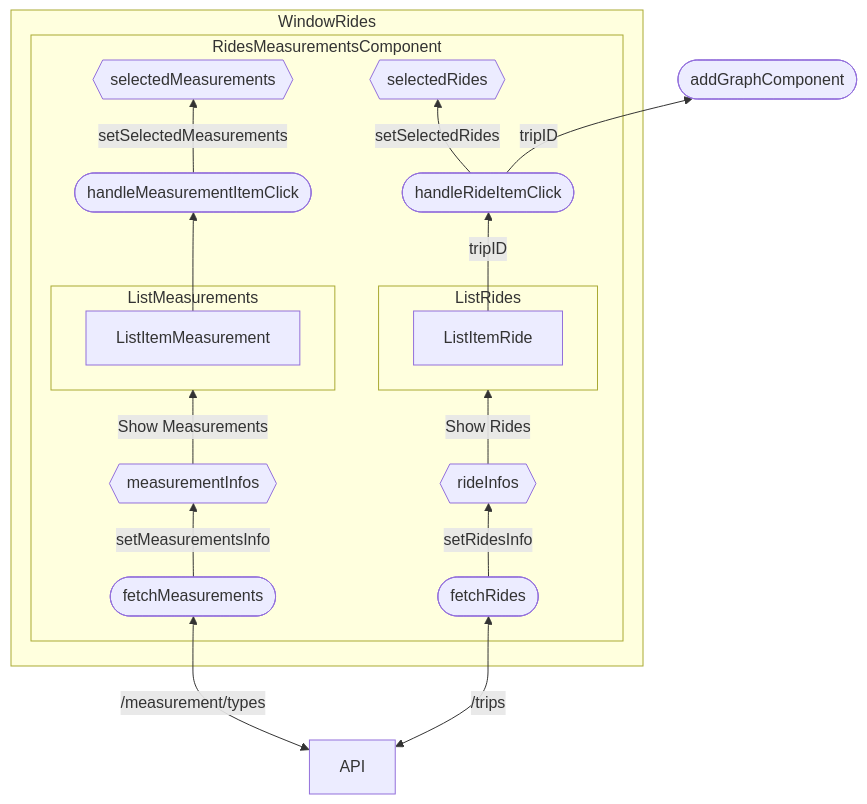
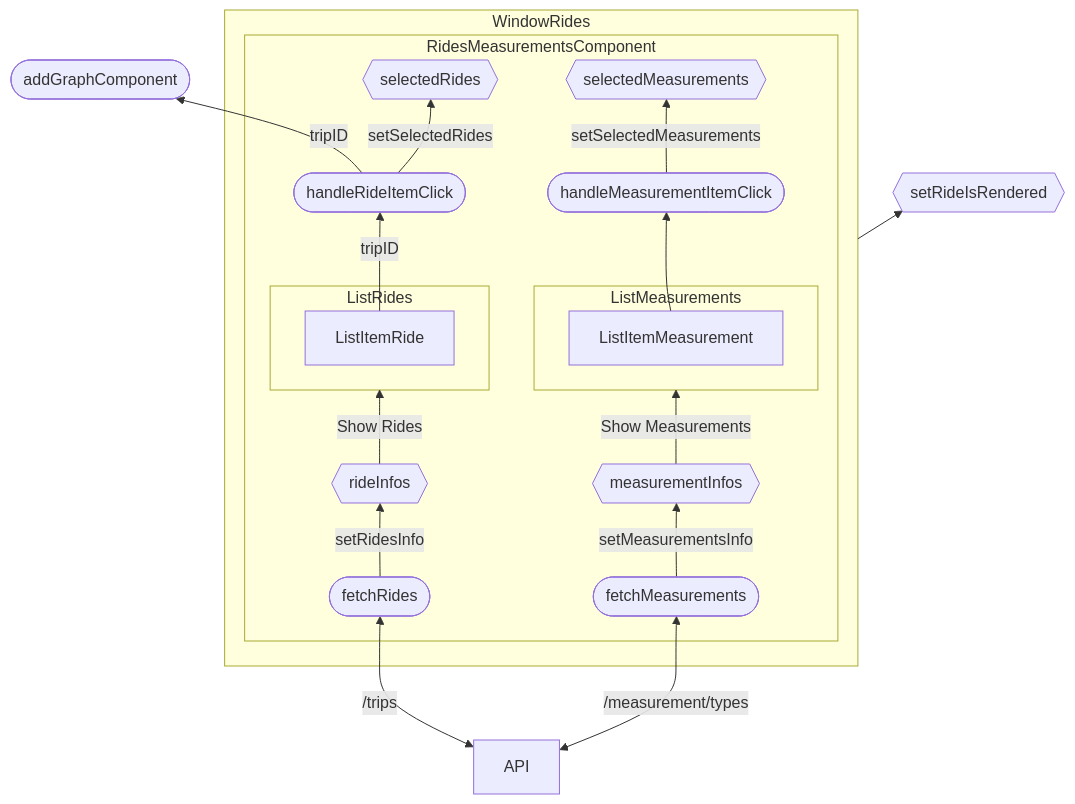
One commit to DTU-Master-Courses/LiraMapFrontEnd changed the diagram in docs/rides_component_model.mmd. Above: the diagram before and after it, drawn with Mermaid. The commit also changed 6 other files, not shown here.

```diff
--- a/docs/rides_component_model.mmd
+++ b/docs/rides_component_model.mmd
@@ -1,32 +1,47 @@
 flowchart BT
-    handleRideItemClick -- tripID --> addGraphComponent([addGraphComponent])
 
+    addGraphComponent([addGraphComponent])
+    API
+    setRideIsRendered{{setRideIsRendered}}
+
+    handleRideItemClick -- tripID --> addGraphComponent
     API <-- /trips --> fetchRides
     API <-- /measurement/types --> fetchMeasurements
+    WindowRides --> setRideIsRendered
 
     subgraph WindowRides
         subgraph RidesMeasurementsComponent
+
+            rideInfos{{rideInfos}}
+            measurementInfos{{measurementInfos}}
+            selectedMeasurements{{selectedMeasurements}}
+            selectedRides{{selectedRides}}
+
+            handleRideItemClick([handleRideItemClick])
+            handleMeasurementItemClick([handleMeasurementItemClick])
+            fetchRides([fetchRides])
+            fetchMeasurements([fetchMeasurements])
             
-            fetchRides([fetchRides]) -- setRidesInfo --> rideInfos{{rideInfos}}
+            fetchRides -- setRidesInfo --> rideInfos
 
-            fetchMeasurements([fetchMeasurements]) -- setMeasurementsInfo --> measurementInfos{{measurementInfos}}
+            fetchMeasurements -- setMeasurementsInfo --> measurementInfos
             
-            ListItemRide -- tripID --> handleRideItemClick([handleRideItemClick])
+            ListItemRide -- tripID --> handleRideItemClick
             
-            ListItemMeasurement --> handleMeasurementItemClick([handleMeasurementItemClick])
+            ListItemMeasurement --> handleMeasurementItemClick
 
-            rideInfos{{rideInfos}} -- Show Rides --> ListRides
+            rideInfos -- Show Rides --> ListRides
 
-            measurementInfos{{measurementInfos}} -- Show Measurements --> ListMeasurements
+            measurementInfos -- Show Measurements --> ListMeasurements
             
-            handleMeasurementItemClick -- setSelectedMeasurements --> selectedMeasurements{{selectedMeasurements}}
+            handleMeasurementItemClick -- setSelectedMeasurements --> selectedMeasurements
 
-            handleRideItemClick -- setSelectedRides --> selectedRides{{selectedRides}}
+            handleRideItemClick -- setSelectedRides --> selectedRides
             subgraph ListRides
                 ListItemRide
             end
             subgraph ListMeasurements
                 ListItemMeasurement
             end
         end
     end
```
